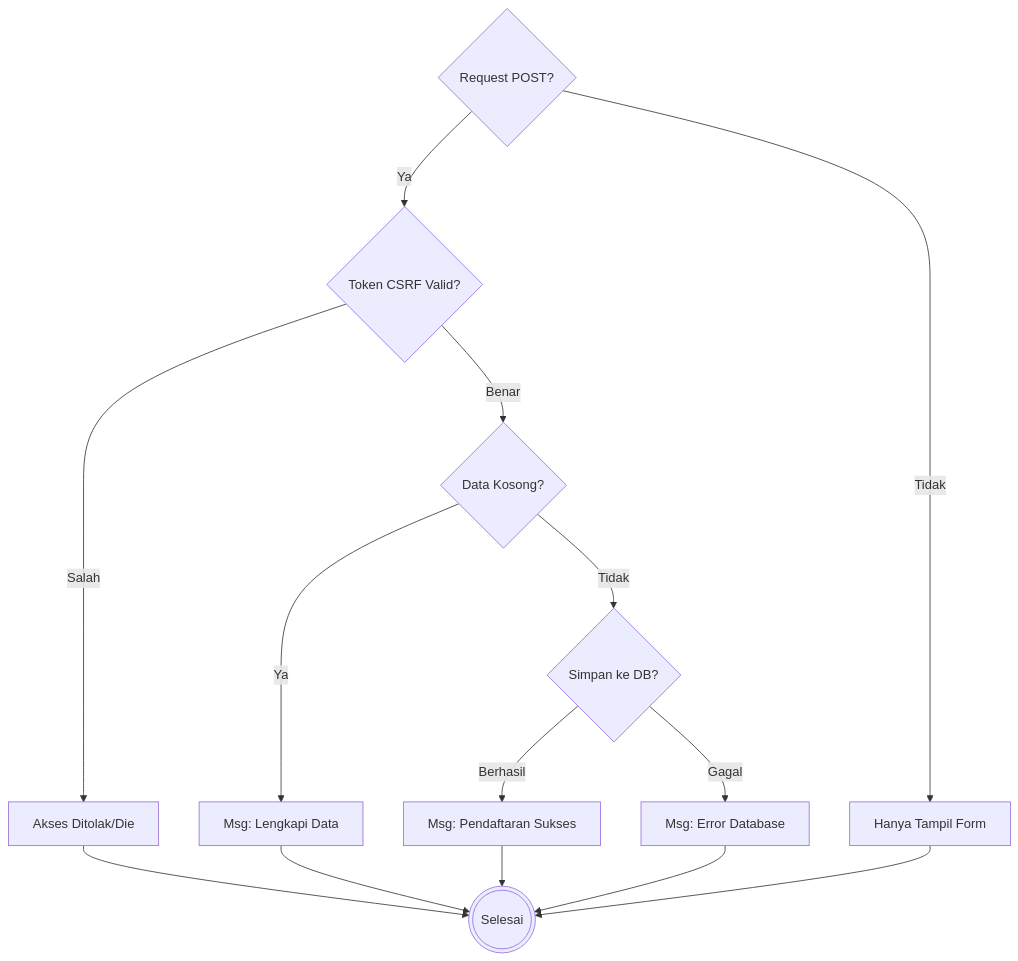
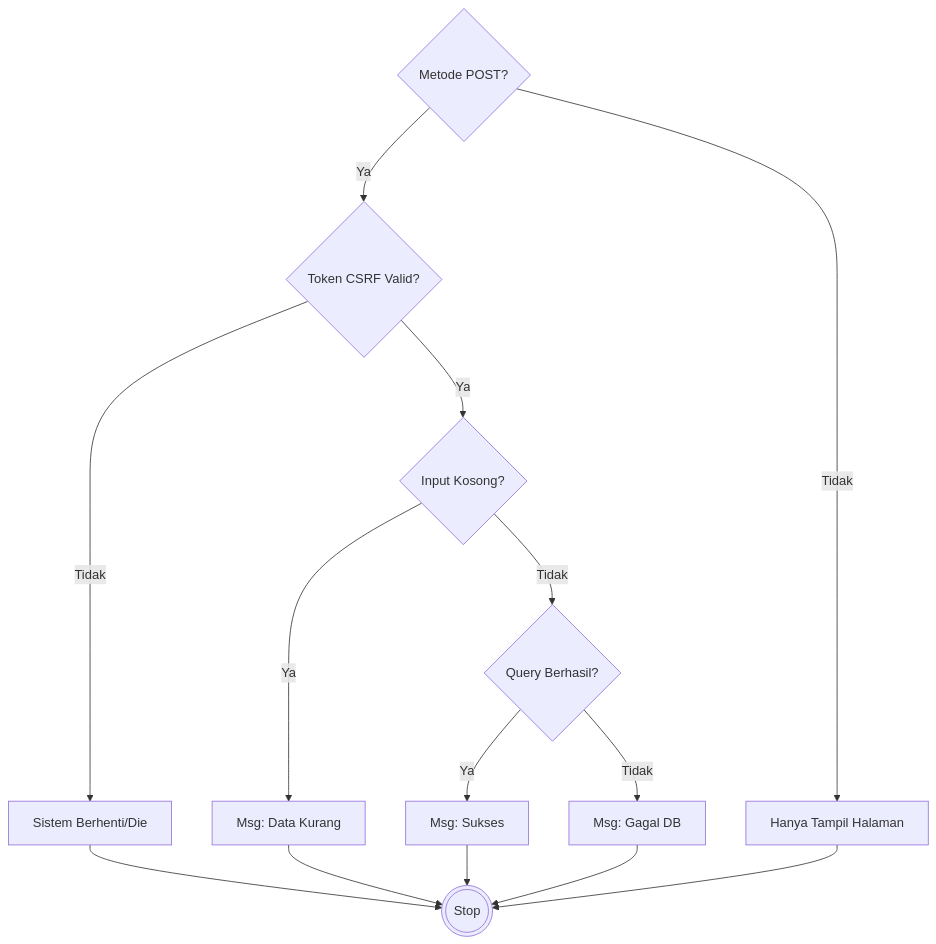
One commit to arbain-dev/Web_fikom changed the third of 6 diagrams in docs/07_PENGUJIAN_WHITE_BOX.md. Above: the diagram before and after it, drawn with Mermaid. The commit also changed other lines of this file, not shown here.

````diff
--- a/docs/07_PENGUJIAN_WHITE_BOX.md
+++ b/docs/07_PENGUJIAN_WHITE_BOX.md
@@ -113,20 +117,20 @@
 ```mermaid
 flowchart TD
-    1{Request POST?} -->|Ya| 2{Token CSRF Valid?}
-    1 -->|Tidak| 9[Hanya Tampil Form]
+    1{Metode POST?} -->|Ya| 2{Token CSRF Valid?}
+    1 -->|Tidak| 9[Hanya Tampil Halaman]
     
-    2 -->|Salah| 3[Akses Ditolak/Die]
-    2 -->|Benar| 4{Data Kosong?}
+    2 -->|Tidak| 3[Sistem Berhenti/Die]
+    2 -->|Ya| 4{Input Kosong?}
     
-    4 -->|Ya| 5[Msg: Lengkapi Data]
-    4 -->|Tidak| 6{Simpan ke DB?}
+    4 -->|Ya| 5[Msg: Data Kurang]
+    4 -->|Tidak| 6{Query Berhasil?}
     
-    6 -->|Berhasil| 7[Msg: Pendaftaran Sukses]
-    6 -->|Gagal| 8[Msg: Error Database]
+    6 -->|Ya| 7[Msg: Sukses]
+    6 -->|Tidak| 8[Msg: Gagal DB]
     
-    3 --> 10(((Selesai)))
+    3 --> 10(((Stop)))
     5 --> 10
     7 --> 10
     8 --> 10
     9 --> 10
 ```
````
